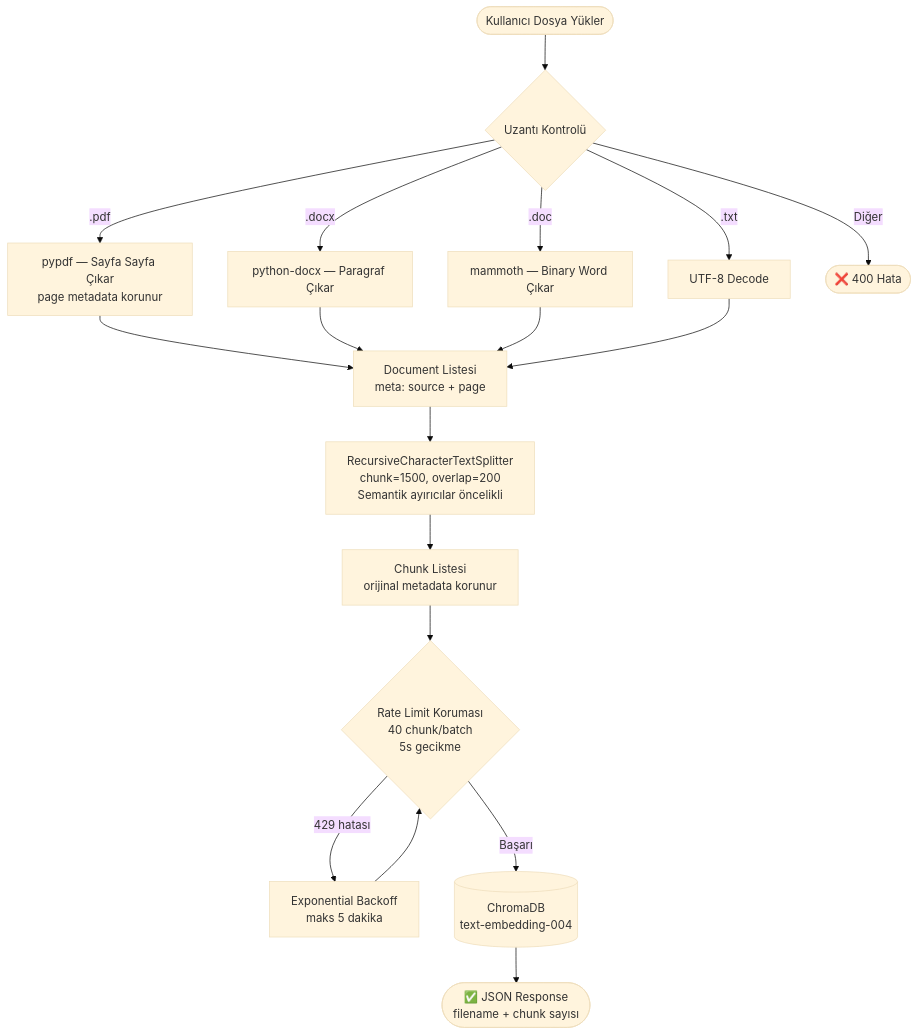
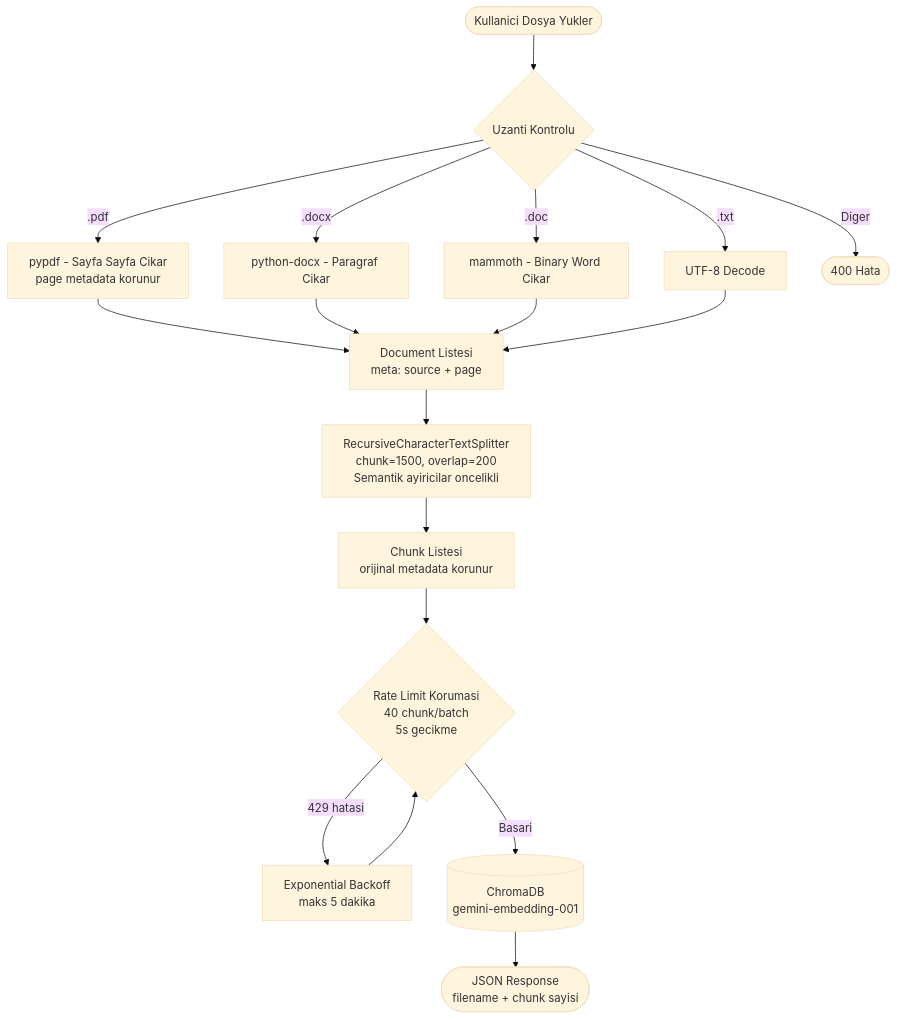
The first of 2 diagrams in README.md (elanurdmr/yzta-p2p-rag-based-chatbot-project), drawn with Mermaid (base theme) before and after one commit. The commit also changed other lines of this file and 41 other files, not shown here.

````diff
--- a/README.md
+++ b/README.md
@@ -59,23 +130,23 @@
 ```mermaid
 flowchart TD
-    A([Kullanıcı Dosya Yükler]) --> B{Uzantı Kontrolü}
-    B -->|.pdf| C[pypdf — Sayfa Sayfa Çıkar\npage metadata korunur]
-    B -->|.docx| D[python-docx — Paragraf Çıkar]
-    B -->|.doc| E[mammoth — Binary Word Çıkar]
+    A([Kullanici Dosya Yukler]) --> B{Uzanti Kontrolu}
+    B -->|.pdf| C[pypdf - Sayfa Sayfa Cikar\npage metadata korunur]
+    B -->|.docx| D[python-docx - Paragraf Cikar]
+    B -->|.doc| E[mammoth - Binary Word Cikar]
     B -->|.txt| F[UTF-8 Decode]
-    B -->|Diğer| G([❌ 400 Hata])
+    B -->|Diger| G([400 Hata])
 
     C --> H[Document Listesi\nmeta: source + page]
     D --> H
     E --> H
     F --> H
 
-    H --> I[RecursiveCharacterTextSplitter\nchunk=1500, overlap=200\nSemantik ayırıcılar öncelikli]
+    H --> I[RecursiveCharacterTextSplitter\nchunk=1500, overlap=200\nSemantik ayiricilar oncelikli]
     I --> J[Chunk Listesi\norijinal metadata korunur]
 
-    J --> K{Rate Limit Koruması\n40 chunk/batch\n5s gecikme}
-    K -->|429 hatası| L[Exponential Backoff\nmaks 5 dakika]
+    J --> K{Rate Limit Korumasi\n40 chunk/batch\n5s gecikme}
+    K -->|429 hatasi| L[Exponential Backoff\nmaks 5 dakika]
     L --> K
-    K -->|Başarı| M[(ChromaDB\ntext-embedding-004)]
-    M --> N([✅ JSON Response\nfilename + chunk sayısı])
+    K -->|Basari| M[(ChromaDB\ngemini-embedding-001)]
+    M --> N([JSON Response\nfilename + chunk sayisi])
 ```
````
